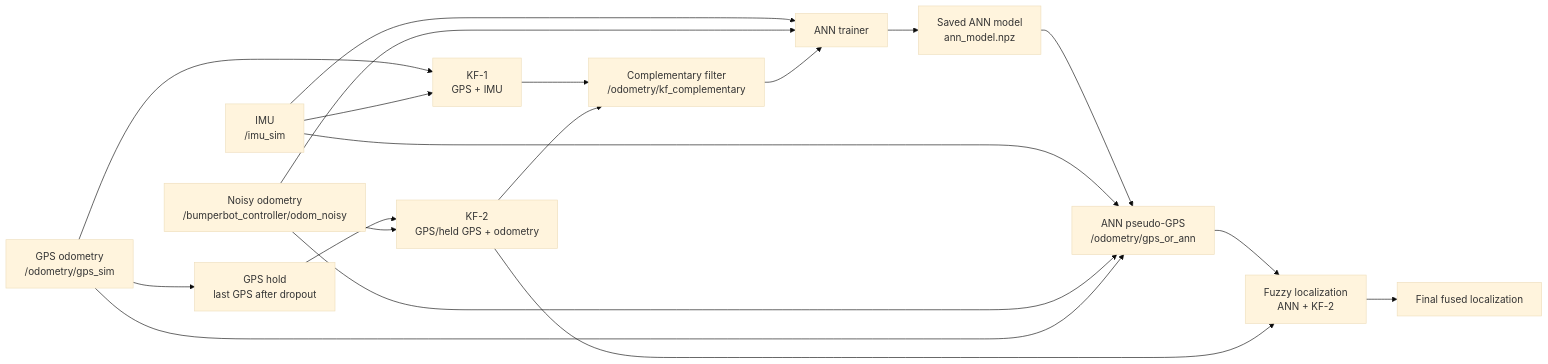
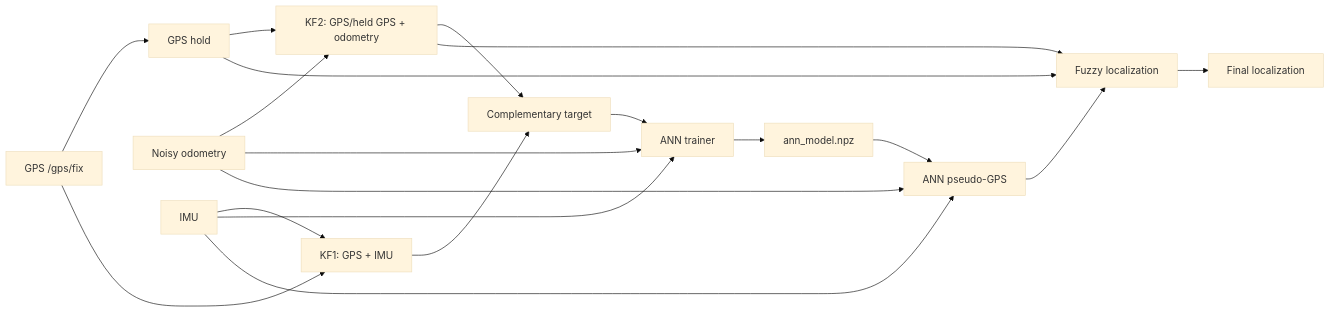
One commit to alexdemir/EKF-and-ANN changed the diagram in README.md. Above: the diagram before and after it, drawn with Mermaid (base theme). The commit also changed other lines of this file and 16 other files, not shown here.

Commit message:
Add GPS-gated fuzzy localization results

````diff
--- a/README.md
+++ b/README.md
@@ -120,26 +66,24 @@
 ```mermaid
 flowchart LR
-    GPS["GPS odometry<br>/odometry/gps_sim"] --> KF1["KF-1<br>GPS + IMU"]
-    IMU["IMU<br>/imu_sim"] --> KF1
+    GPS["GPS /gps/fix"] --> GPSH["GPS hold"]
+    GPSH --> KF2["KF2: GPS/held GPS + odometry"]
+    ODOM["Noisy odometry"] --> KF2
 
-    GPS --> GPSHOLD["GPS hold<br>last GPS after dropout"]
-    GPSHOLD --> KF2["KF-2<br>GPS/held GPS + odometry"]
-    ODOM["Noisy odometry<br>/bumperbot_controller/odom_noisy"] --> KF2
-
-    KF1 --> CF["Complementary filter<br>/odometry/kf_complementary"]
+    GPS --> KF1["KF1: GPS + IMU"]
+    IMU["IMU"] --> KF1
+    KF1 --> CF["Complementary target"]
     KF2 --> CF
 
-    IMU --> TRAIN["ANN trainer"]
-    ODOM --> TRAIN
-    CF --> TRAIN
-    TRAIN --> MODEL["Saved ANN model<br>ann_model.npz"]
+    IMU --> ANNTRAIN["ANN trainer"]
+    ODOM --> ANNTRAIN
+    CF --> ANNTRAIN
+    ANNTRAIN --> MODEL["ann_model.npz"]
 
-    MODEL --> PSEUDO["ANN pseudo-GPS<br>/odometry/gps_or_ann"]
-    IMU --> PSEUDO
-    ODOM --> PSEUDO
-    GPS --> PSEUDO
-
-    PSEUDO --> FLS["Fuzzy localization<br>ANN + KF-2"]
+    MODEL --> ANN["ANN pseudo-GPS"]
+    IMU --> ANN
+    ODOM --> ANN
+    GPSH --> FLS["Fuzzy localization"]
+    ANN --> FLS
     KF2 --> FLS
-    FLS --> FINAL["Final fused localization"]
+    FLS --> FINAL["Final localization"]
 ```
````
